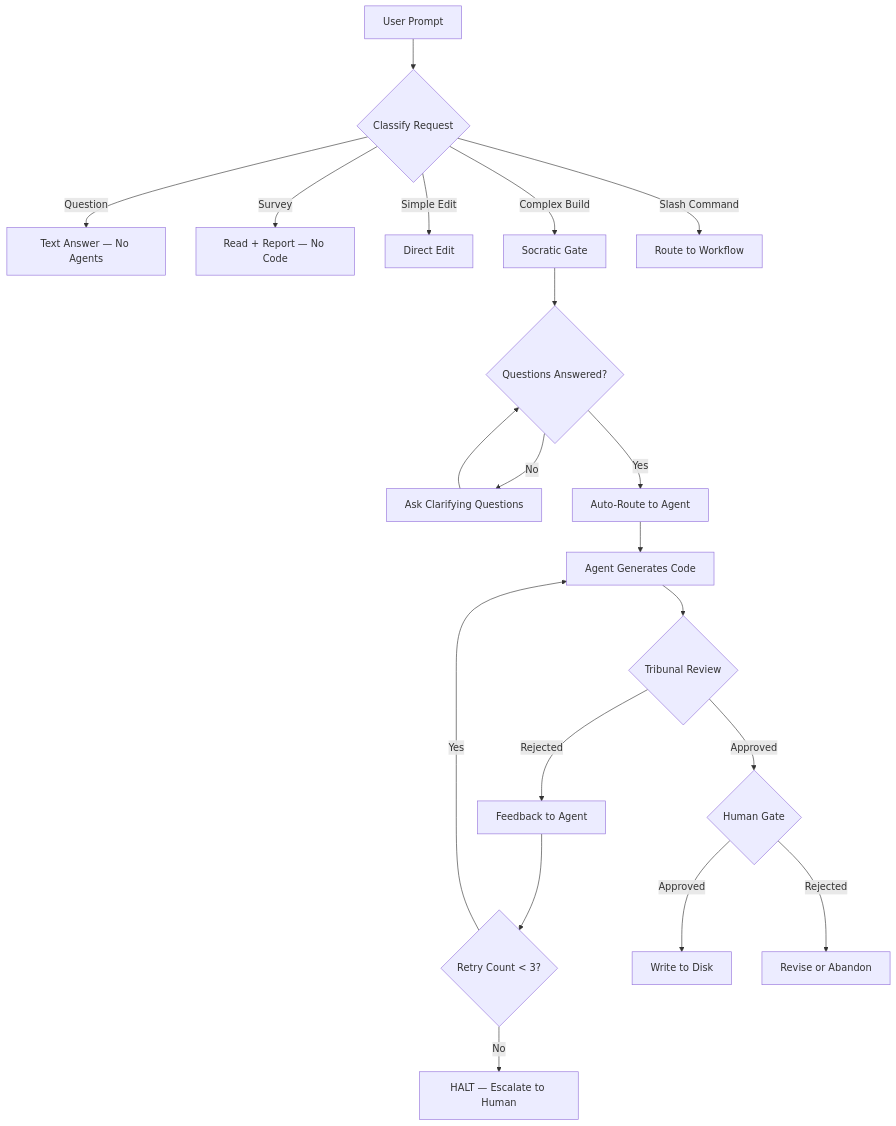
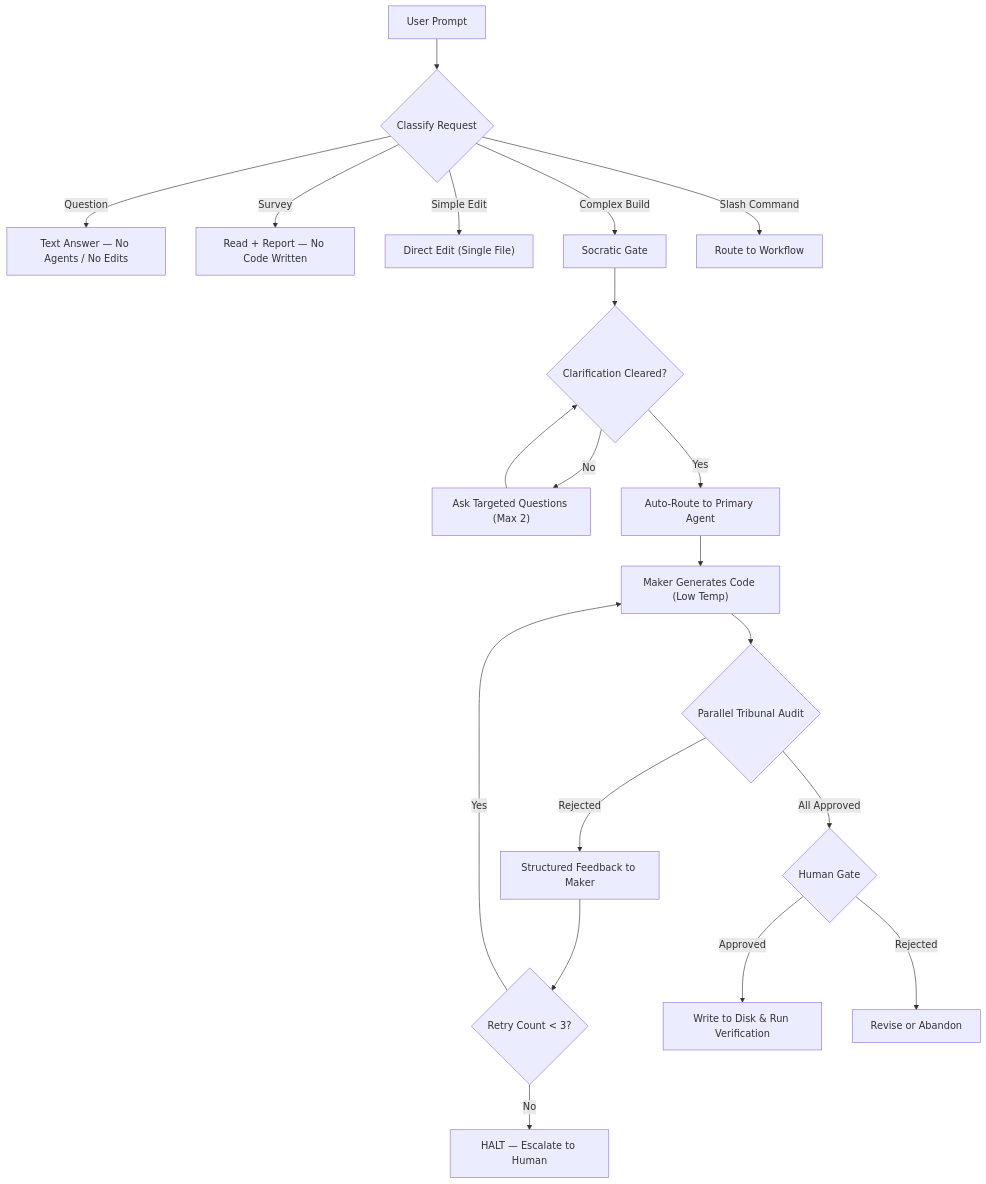
One commit to Harmitx7/tribunal-kit changed the first of 4 diagrams in .agent/ARCHITECTURE.md. Above: the diagram before and after it, drawn with Mermaid. The commit also changed other lines of this file and 259 other files, not shown here.

````diff
--- a/.agent/ARCHITECTURE.md
+++ b/.agent/ARCHITECTURE.md
@@ -9,25 +9,25 @@
 ```mermaid
 flowchart TD
     A["User Prompt"] --> B{"Classify Request"}
-    B -->|Question| C["Text Answer — No Agents"]
-    B -->|Survey| D["Read + Report — No Code"]
-    B -->|Simple Edit| E["Direct Edit"]
+    B -->|Question| C["Text Answer — No Agents / No Edits"]
+    B -->|Survey| D["Read + Report — No Code Written"]
+    B -->|Simple Edit| E["Direct Edit (Single File)"]
     B -->|Complex Build| F["Socratic Gate"]
     B -->|Slash Command| G["Route to Workflow"]
 
-    F --> H{"Questions Answered?"}
-    H -->|No| I["Ask Clarifying Questions"]
+    F --> H{"Clarification Cleared?"}
+    H -->|No| I["Ask Targeted Questions (Max 2)"]
     I --> H
-    H -->|Yes| J["Auto-Route to Agent"]
+    H -->|Yes| J["Auto-Route to Primary Agent"]
 
-    J --> K["Agent Generates Code"]
-    K --> L{"Tribunal Review"}
-    L -->|Approved| M{"Human Gate"}
-    L -->|Rejected| N["Feedback to Agent"]
+    J --> K["Maker Generates Code (Low Temp)"]
+    K --> L{"Parallel Tribunal Audit"}
+    L -->|All Approved| M{"Human Gate"}
+    L -->|Rejected| N["Structured Feedback to Maker"]
     N --> O{"Retry Count < 3?"}
     O -->|Yes| K
     O -->|No| P["HALT — Escalate to Human"]
 
-    M -->|Approved| Q["Write to Disk"]
+    M -->|Approved| Q["Write to Disk & Run Verification"]
     M -->|Rejected| R["Revise or Abandon"]
 ```
````
